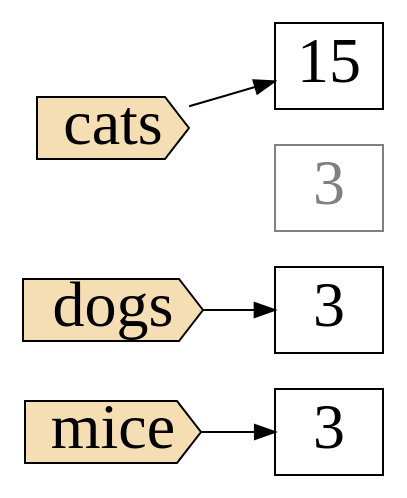
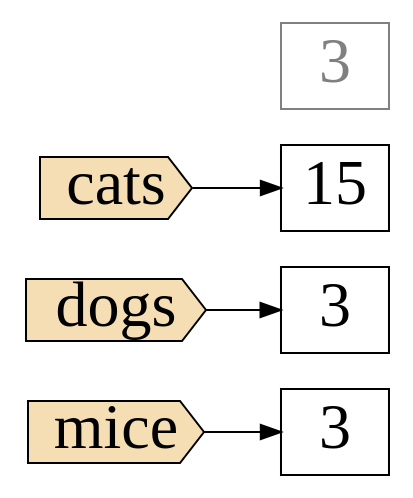
One commit to shoorick/slide-python changed the diagram in images/var-multiple.dot. Above: the diagram before and after it, drawn with Graphviz. The commit also changed 1 other file, not shown here.

```diff
--- a/images/var-multiple.dot
+++ b/images/var-multiple.dot
@@ -1,18 +1,21 @@
 digraph G {
     graph [ rankdir=LR ]
     node  [ shape=box, fontname="PT Mono", fontsize=32 ]
 
     mice  [ shape=cds, style=filled, fillcolor=wheat ]
     mice3 [ label=3 ]
     mice -> mice3
 
     dogs  [ shape=cds, style=filled, fillcolor=wheat ]
     dogs3 [ label=3 ]
     dogs -> dogs3
 
+    none -> cats3 [ style=invis ]
+    none [ style=invis ]
+
     cats  [ shape=cds, style=filled, fillcolor=wheat ]
     cats -> 15
 
     cats3 [ fontcolor=grey, color=grey, label="3" ]
     cats -> cats3 [ style=invis ]
 }
```
